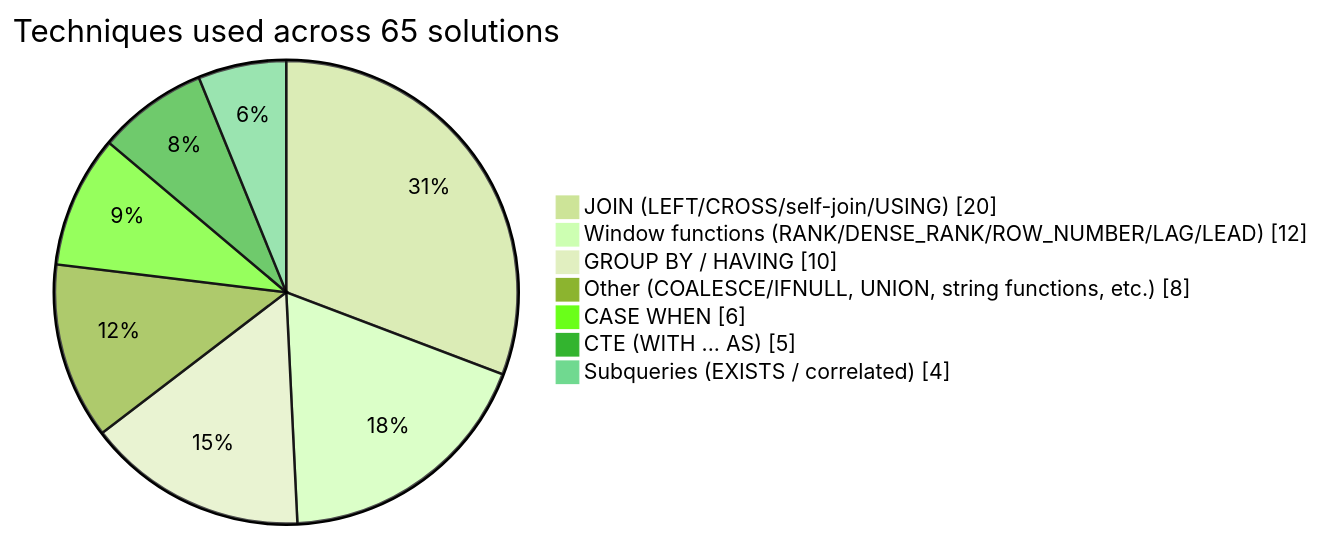
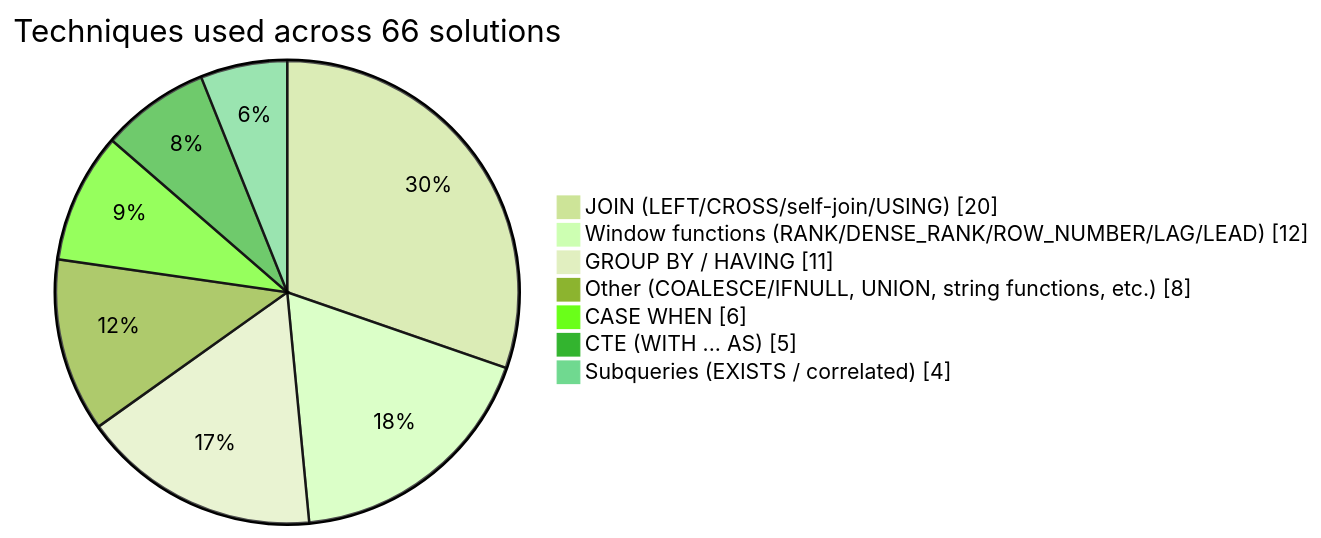
One commit to ruhlanrzayev/LeetCode_SQL_Problems changed the diagram in README.md. Above: the diagram before and after it, drawn with Mermaid (forest theme). The commit also changed other lines of this file, not shown here.

Commit message:
chore: auto-update technique breakdown chart

````diff
--- a/README.md
+++ b/README.md
@@ -11,11 +11,11 @@
 ```mermaid
 pie showData
-    title Techniques used across 65 solutions
+    title Techniques used across 66 solutions
     "JOIN (LEFT/CROSS/self-join/USING)" : 20
     "Window functions (RANK/DENSE_RANK/ROW_NUMBER/LAG/LEAD)" : 12
-    "GROUP BY / HAVING" : 10
+    "GROUP BY / HAVING" : 11
     "Other (COALESCE/IFNULL, UNION, string functions, etc.)" : 8
     "CASE WHEN" : 6
     "CTE (WITH ... AS)" : 5
     "Subqueries (EXISTS / correlated)" : 4
 ```
````
